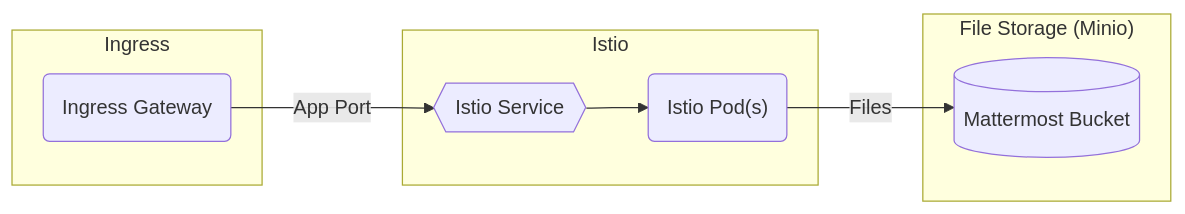
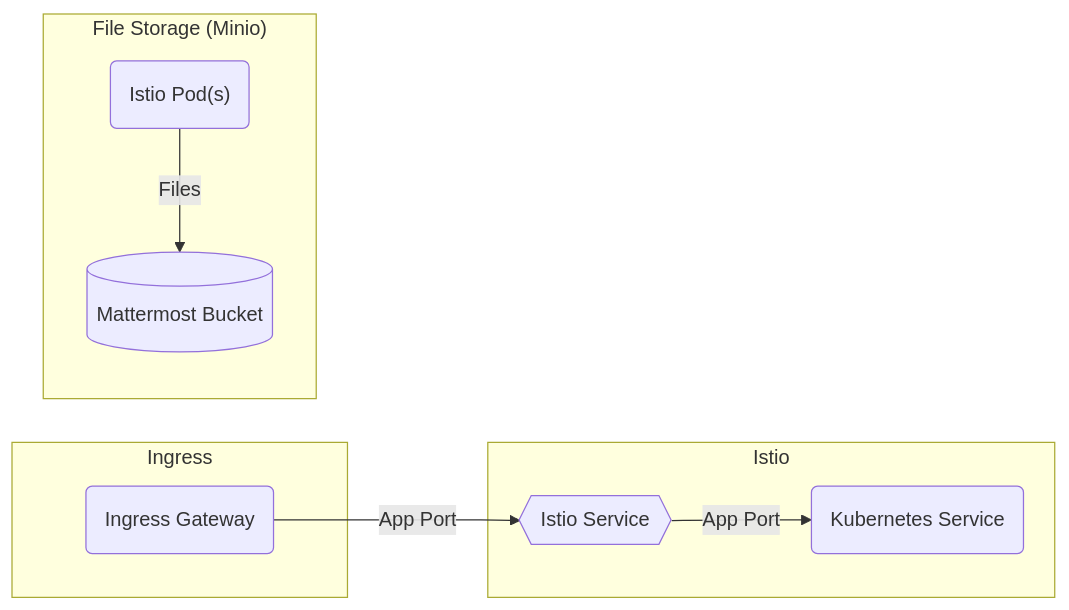
One commit to rjferguson21/big-bang changed the diagram in charter/packages/minio/Architecture.md. Above: the diagram before and after it, drawn with Mermaid.

````diff
--- a/charter/packages/minio/Architecture.md
+++ b/charter/packages/minio/Architecture.md
@@ -12,15 +12,14 @@
 ```mermaid
 graph LR
   subgraph "Istio"
-    istiopods("Istio Pod(s)")
-    istservice{{Istio Service}} --> istiopods("Istio Pod(s)")
+    istservice{{Istio Service}} --"App Port"--> kubeservice("Kubernetes Service")
   end      
 
   subgraph "Ingress"
     ig(Ingress Gateway) --"App Port"--> istservice
   end
 
   subgraph "File Storage (Minio)"
     istiopods("Istio Pod(s)") --"Files"--> bucket[(Mattermost Bucket)]
   end
 ```
````
